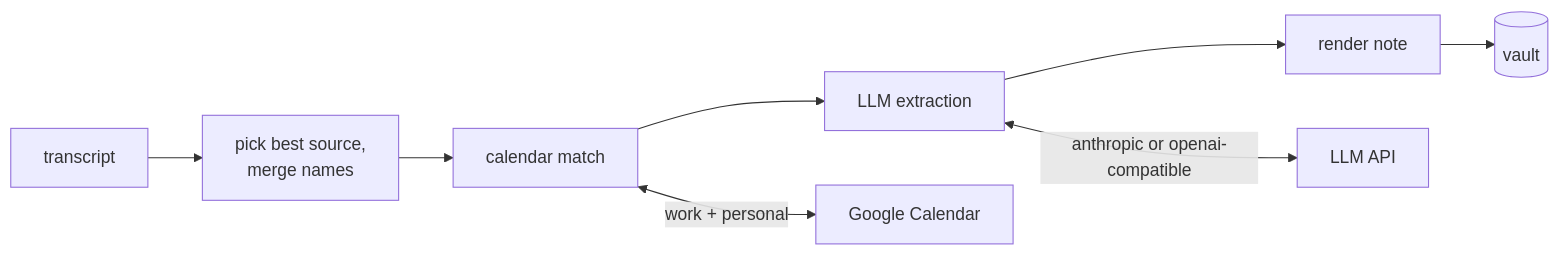
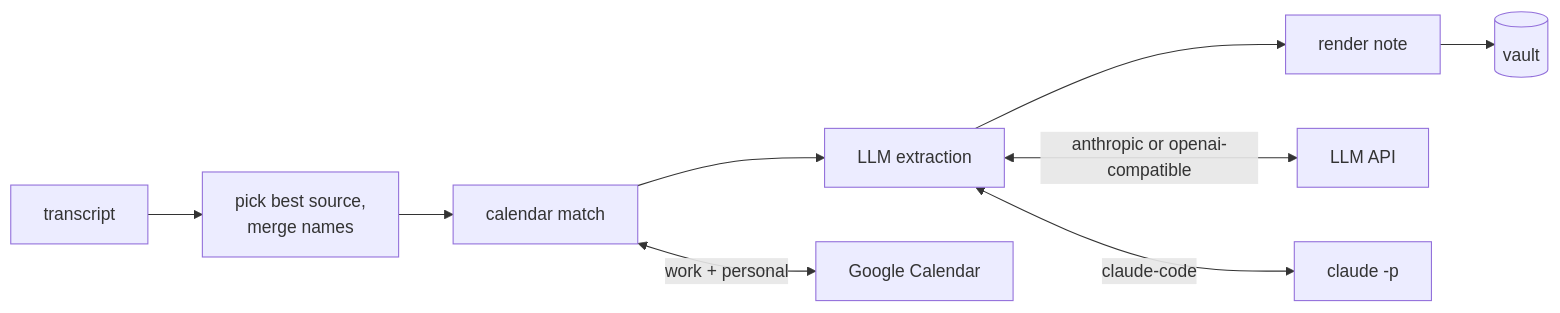
The seventh of 8 diagrams in docs/02-architecture.md (kujjwal02/meeting-capture), drawn with Mermaid before and after one commit. The commit also changed other lines of this file and 6 other files, not shown here.

First line of the commit message:
Document LLM extraction and the step 5 architecture

````diff
--- a/docs/02-architecture.md
+++ b/docs/02-architecture.md
@@ -133,10 +142,11 @@
 ```mermaid
 flowchart LR
     T["transcript"] --> PICK["pick best source,<br/>merge names"]
     PICK --> CAL["calendar match"]
     CAL --> LLM["LLM extraction"]
     LLM --> NOTE["render note"]
     NOTE --> VAULT[("vault")]
     CAL <-->|work + personal| GC["Google Calendar"]
     LLM <-->|anthropic or openai-compatible| LLMAPI["LLM API"]
+    LLM <-->|claude-code| CCLI["claude -p"]
 ```
````
